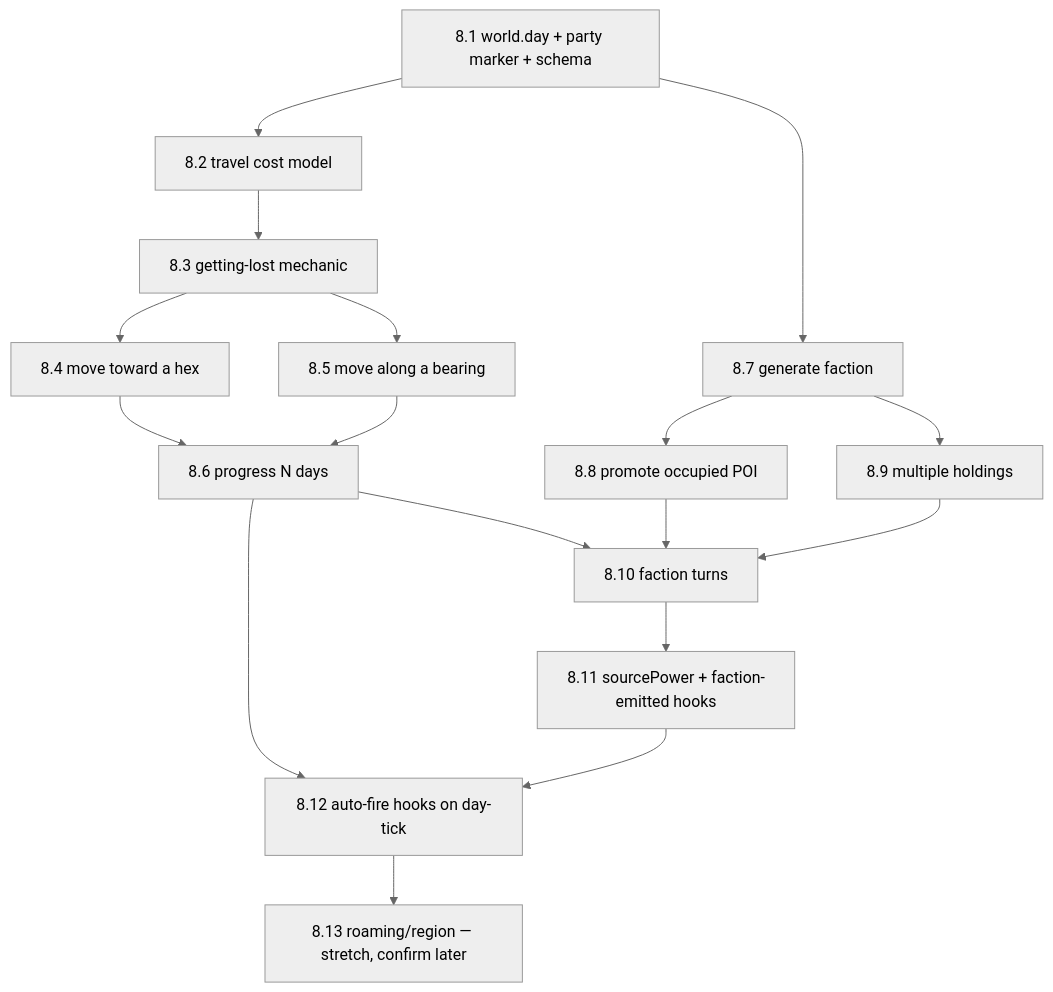
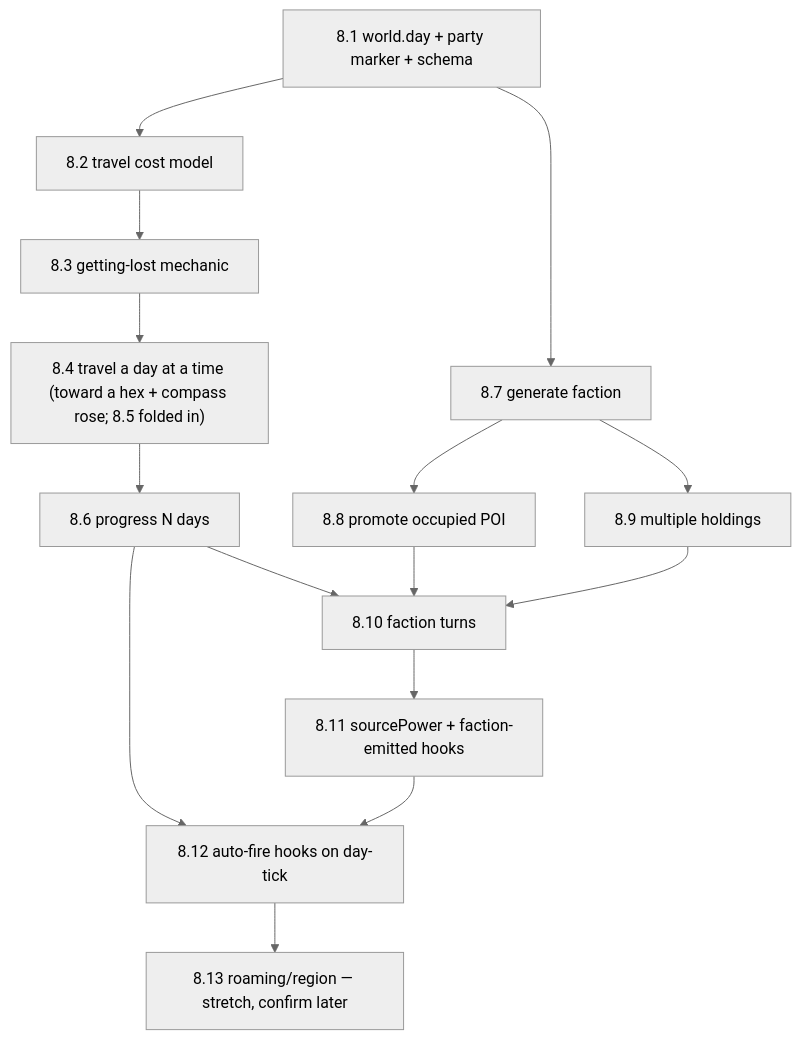
The diagram in docs/plans/phase-8-factions.md (jon-peel/solopg), drawn with Mermaid (neutral theme) before and after one commit. The commit also changed other lines of this file, not shown here.

First line of the commit message:
Docs: mark 8.5 as folded into 8.4; sync Phase 8 roadmap to as-built

````diff
--- a/docs/plans/phase-8-factions.md
+++ b/docs/plans/phase-8-factions.md
@@ -30,19 +30,17 @@
 ```mermaid
 graph TD
     A1[8.1 world.day + party marker + schema] --> A2[8.2 travel cost model]
     A2 --> A3[8.3 getting-lost mechanic]
-    A3 --> A4[8.4 move toward a hex]
-    A3 --> A5[8.5 move along a bearing]
+    A3 --> A4["8.4 travel a day at a time (toward a hex + compass rose; 8.5 folded in)"]
     A4 --> A6[8.6 progress N days]
-    A5 --> A6
     A1 --> B1[8.7 generate faction]
     B1 --> B2[8.8 promote occupied POI]
     B1 --> B3[8.9 multiple holdings]
     A6 --> B4[8.10 faction turns]
     B2 --> B4
     B3 --> B4
     B4 --> C1[8.11 sourcePower + faction-emitted hooks]
     A6 --> C2[8.12 auto-fire hooks on day-tick]
     C1 --> C2
     C2 --> C3[8.13 roaming/region — stretch, confirm later]
 ```
````
